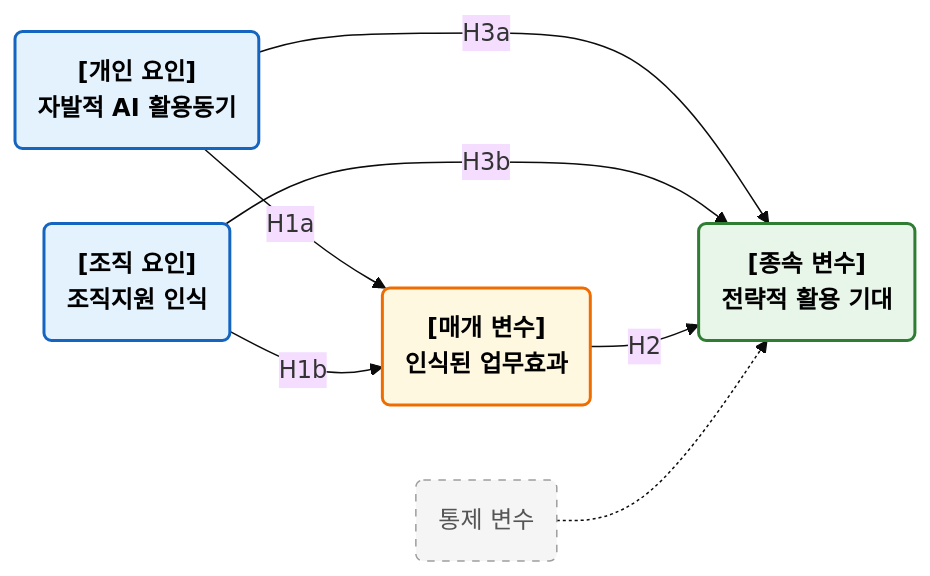
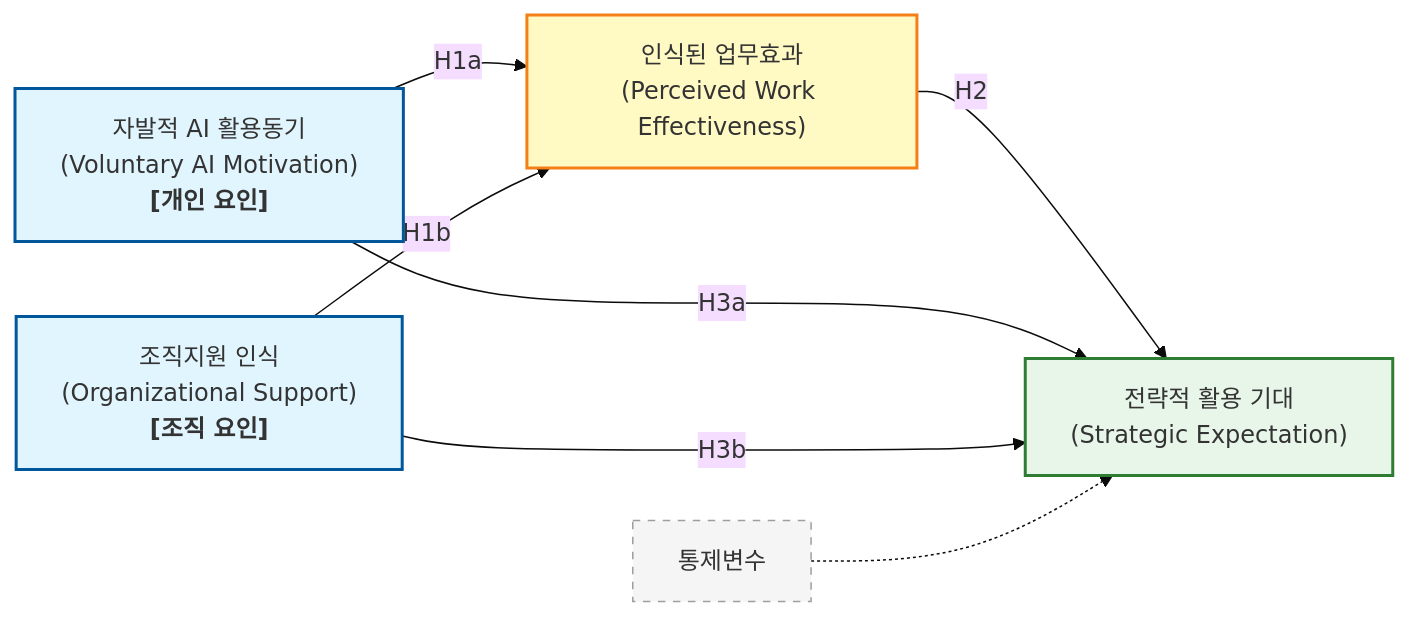
One commit to gayoung106/chatbot changed the diagram in analysis_results.md. Above: the diagram before and after it, drawn with Mermaid (base theme). The commit also changed other lines of this file and 4 other files, not shown here.

````diff
--- a/analysis_results.md
+++ b/analysis_results.md
@@ -100,24 +92,27 @@
 ```mermaid
 graph LR
-    %% 스타일 깔끔하게 정의
-    classDef iv fill:#E3F2FD,stroke:#1565C0,stroke-width:2px,color:#000,font-weight:bold;
-    classDef med fill:#FFF8E1,stroke:#EF6C00,stroke-width:2px,color:#000,font-weight:bold;
-    classDef dv fill:#E8F5E9,stroke:#2E7D32,stroke-width:2px,color:#000,font-weight:bold;
-    classDef ctrl fill:#F5F5F5,stroke:#9E9E9E,stroke-width:1px,stroke-dasharray: 5 5,color:#555;
-    %% 변수 노드 정의
-    IV1("[개인 요인]<br>자발적 AI 활용동기"):::iv
-    IV2("[조직 요인]<br>조직지원 인식"):::iv
-    MED("[매개 변수]<br>인식된 업무효과"):::med
-    DV("[종속 변수]<br>전략적 활용 기대"):::dv
-    CTRL("통제 변수"):::ctrl
-    %% 경로 설정
+    %% 스타일 정의
+    classDef iv fill:#e1f5fe,stroke:#01579b,stroke-width:2px;
+    classDef med fill:#fff9c4,stroke:#f57f17,stroke-width:2px;
+    classDef dv fill:#e8f5e9,stroke:#2e7d32,stroke-width:2px;
+    classDef ctrl fill:#f5f5f5,stroke:#9e9e9e,stroke-width:1px,stroke-dasharray: 5 5;
+    %% 노드 정의
+    IV1["자발적 AI 활용동기<br>(Voluntary AI Motivation)<br><b>[개인 요인]</b>"]:::iv
+    IV2["조직지원 인식<br>(Organizational Support)<br><b>[조직 요인]</b>"]:::iv
+    
+    MED["인식된 업무효과<br>(Perceived Work Effectiveness)"]:::med
+    
+    DV["전략적 활용 기대<br>(Strategic Expectation)"]:::dv
+    
+    CTRL["통제변수"]:::ctrl
+    %% 경로 설정 (독립 -> 매개)
     IV1 -->|H1a| MED
     IV2 -->|H1b| MED
-
+    %% 경로 설정 (매개 -> 종속)
+    MED -->|H2| DV
+    %% 경로 설정 (독립 -> 종속)
     IV1 -->|H3a| DV
     IV2 -->|H3b| DV
-
-    MED -->|H2| DV
+    %% 통제변수
     CTRL -.-> DV
-
 ```
````
